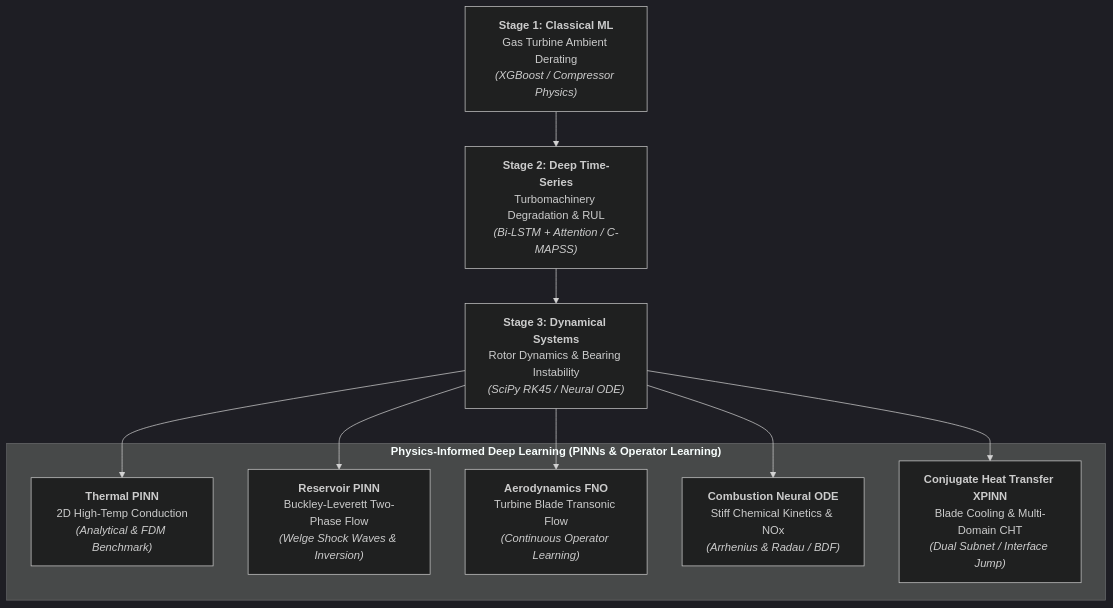
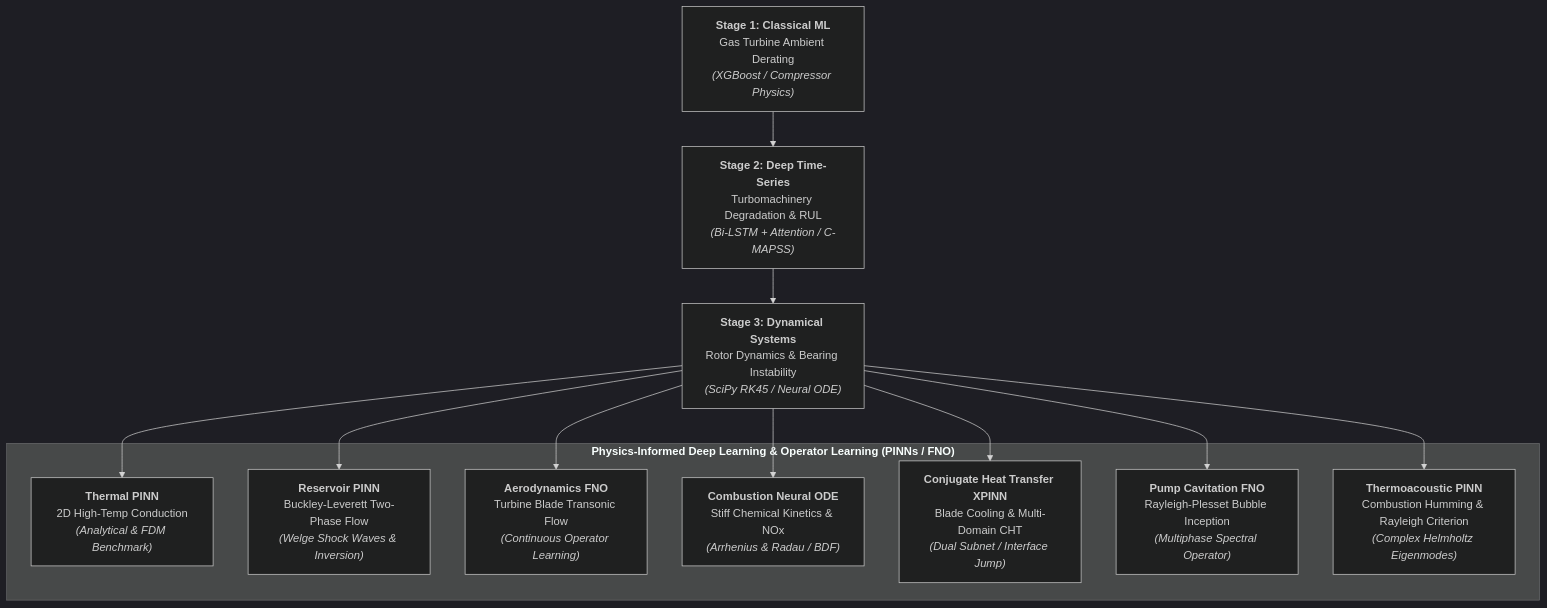
Before and after one commit to mohammedbasra-star/mohammedbasra-star: the diagram in README.md, drawn with Mermaid (dark theme). The commit also changed other lines of this file, not shown here.

Commit message:
docs: add pump cavitation FNO and thermoacoustic PINN projects to portfolio

````diff
--- a/README.md
+++ b/README.md
@@ -28,16 +28,18 @@
 ```mermaid
 flowchart TD
     S1["<b>Stage 1: Classical ML</b><br/>Gas Turbine Ambient Derating<br/><i>(XGBoost / Compressor Physics)</i>"]
     S2["<b>Stage 2: Deep Time-Series</b><br/>Turbomachinery Degradation & RUL<br/><i>(Bi-LSTM + Attention / C-MAPSS)</i>"]
     S3["<b>Stage 3: Dynamical Systems</b><br/>Rotor Dynamics & Bearing Instability<br/><i>(SciPy RK45 / Neural ODE)</i>"]
     
-    subgraph CAP ["<b>Physics-Informed Deep Learning (PINNs & Operator Learning)</b>"]
+    subgraph CAP ["<b>Physics-Informed Deep Learning & Operator Learning (PINNs / FNO)</b>"]
         CAP1["<b>Thermal PINN</b><br/>2D High-Temp Conduction<br/><i>(Analytical & FDM Benchmark)</i>"]
         CAP2["<b>Reservoir PINN</b><br/>Buckley-Leverett Two-Phase Flow<br/><i>(Welge Shock Waves & Inversion)</i>"]
         CAP3["<b>Aerodynamics FNO</b><br/>Turbine Blade Transonic Flow<br/><i>(Continuous Operator Learning)</i>"]
         CAP4["<b>Combustion Neural ODE</b><br/>Stiff Chemical Kinetics & NOx<br/><i>(Arrhenius & Radau / BDF)</i>"]
         CAP5["<b>Conjugate Heat Transfer XPINN</b><br/>Blade Cooling & Multi-Domain CHT<br/><i>(Dual Subnet / Interface Jump)</i>"]
+        CAP6["<b>Pump Cavitation FNO</b><br/>Rayleigh-Plesset Bubble Inception<br/><i>(Multiphase Spectral Operator)</i>"]
+        CAP7["<b>Thermoacoustic PINN</b><br/>Combustion Humming & Rayleigh Criterion<br/><i>(Complex Helmholtz Eigenmodes)</i>"]
     end
 
-    S1 --> S2 --> S3 --> CAP1 & CAP2 & CAP3 & CAP4 & CAP5
+    S1 --> S2 --> S3 --> CAP1 & CAP2 & CAP3 & CAP4 & CAP5 & CAP6 & CAP7
 ```
````
